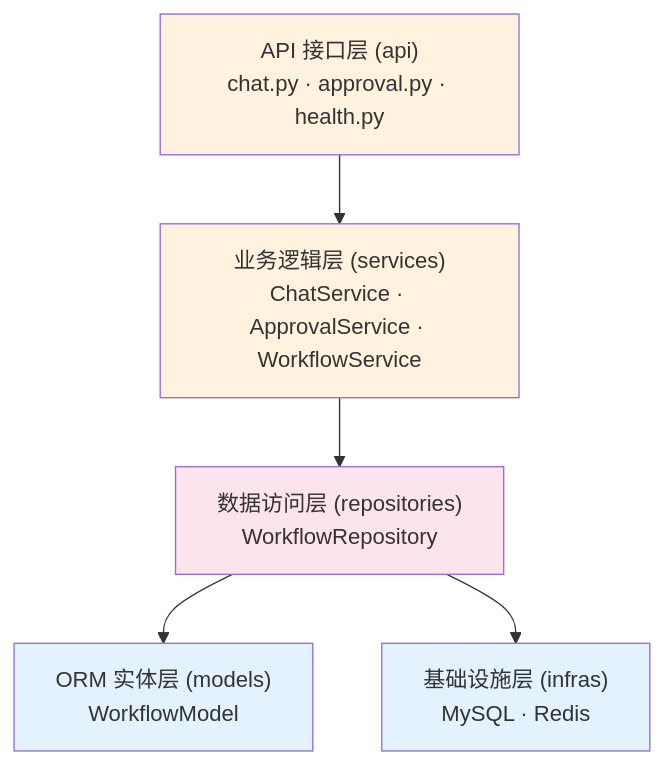
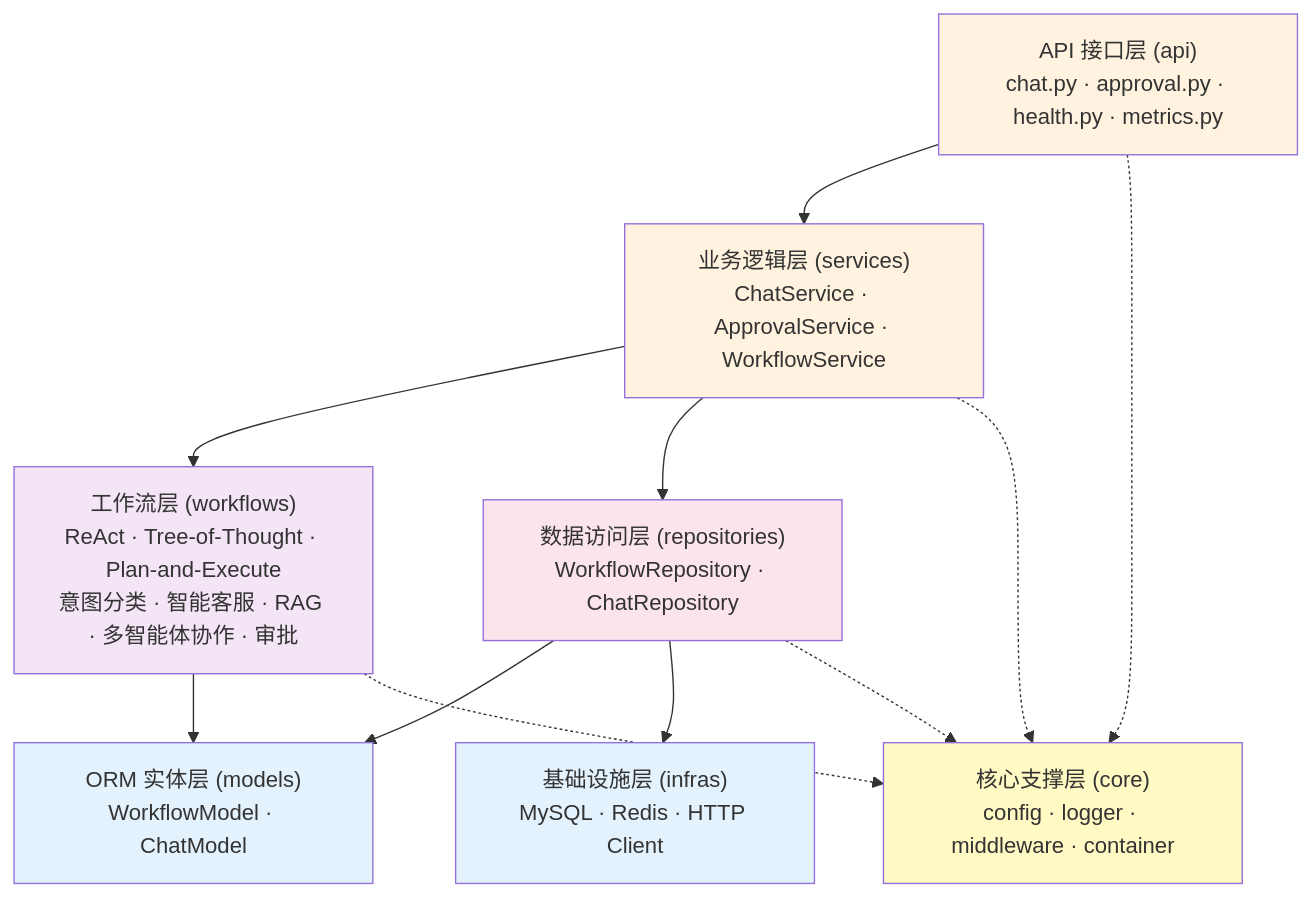
Before and after one commit to chain-engine/x-langgraph: the first of 5 diagrams in README.md, drawn with Mermaid. The commit also changed other lines of this file and 1 other file, not shown here.

````diff
--- a/README.md
+++ b/README.md
@@ -103,19 +103,30 @@
 ```mermaid
 flowchart TB
-    API["API 接口层 (api)<br>chat.py · approval.py · health.py"]
+    API["API 接口层 (api)<br>chat.py · approval.py · health.py · metrics.py"]
     SVC["业务逻辑层 (services)<br>ChatService · ApprovalService · WorkflowService"]
-    REPO["数据访问层 (repositories)<br>WorkflowRepository"]
-    MODELS["ORM 实体层 (models)<br>WorkflowModel"]
-    INFRA["基础设施层 (infras)<br>MySQL · Redis"]
+    WF["工作流层 (workflows)<br>ReAct · Tree-of-Thought · Plan-and-Execute<br>意图分类 · 智能客服 · RAG · 多智能体协作 · 审批"]
+    REPO["数据访问层 (repositories)<br>WorkflowRepository · ChatRepository"]
+    MODELS["ORM 实体层 (models)<br>WorkflowModel · ChatModel"]
+    INFRA["基础设施层 (infras)<br>MySQL · Redis · HTTP Client"]
+    CORE["核心支撑层 (core)<br>config · logger · middleware · container"]
 
     API --> SVC
+    SVC --> WF
     SVC --> REPO
+    WF --> MODELS
     REPO --> MODELS
     REPO --> INFRA
 
+    API -.-> CORE
+    SVC -.-> CORE
+    WF -.-> CORE
+    REPO -.-> CORE
+
     style API fill:#fff3e0
     style SVC fill:#fff3e0
+    style WF fill:#f3e5f5
     style REPO fill:#fce4ec
     style MODELS fill:#e3f2fd
     style INFRA fill:#e3f2fd
+    style CORE fill:#fff9c4
 ```
````
